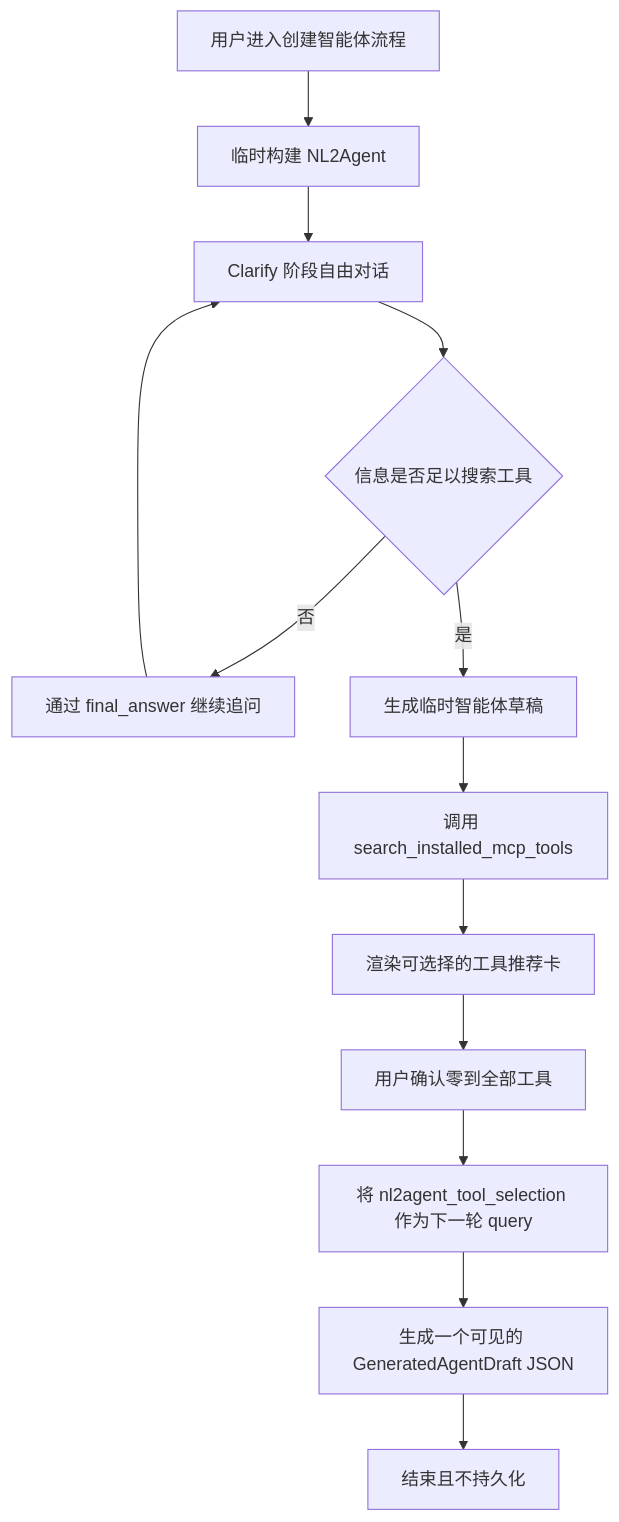
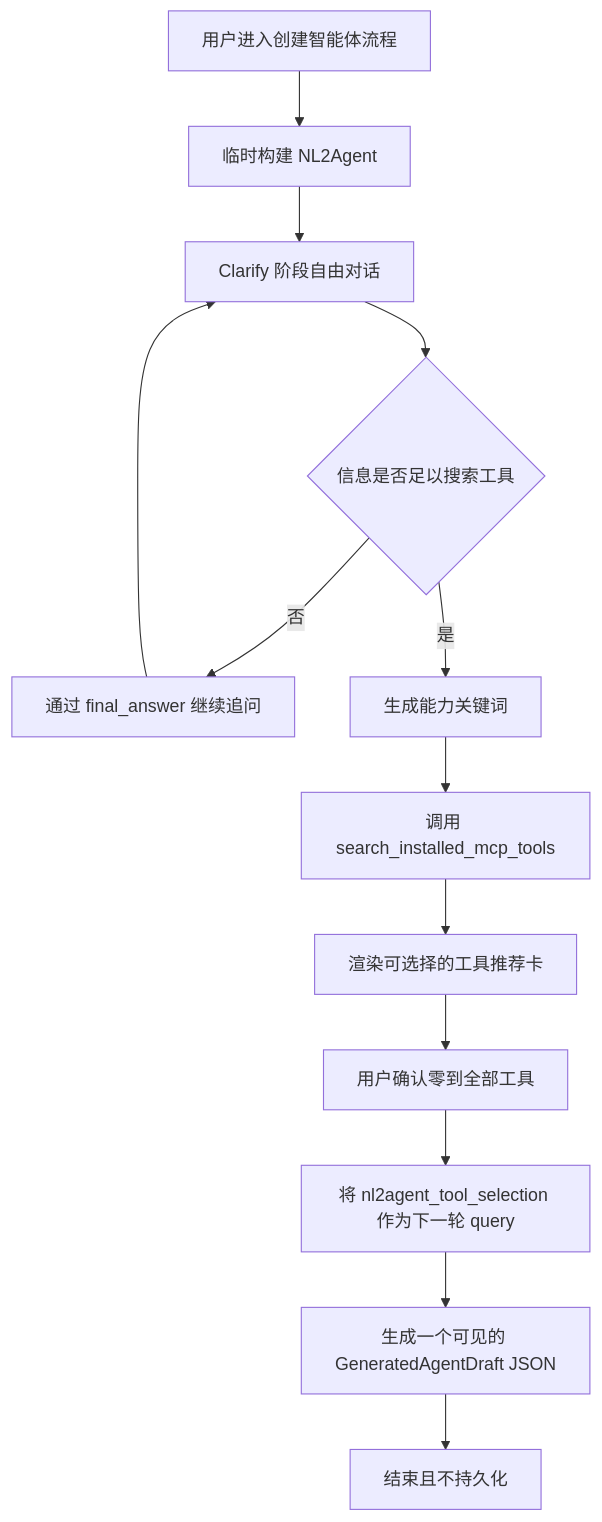
One commit to ModelEngine-Group/nexent changed the diagram in doc/nl2agent-design-zh.md. Above: the diagram before and after it, drawn with Mermaid. The commit also changed other lines of this file and 1 other file, not shown here.

````diff
--- a/doc/nl2agent-design-zh.md
+++ b/doc/nl2agent-design-zh.md
@@ -101,15 +101,15 @@
 ```mermaid
 flowchart TD
     A[用户进入创建智能体流程] --> B[临时构建 NL2Agent]
     B --> C[Clarify 阶段自由对话]
     C --> D{信息是否足以搜索工具}
     D -- 否 --> E[通过 final_answer 继续追问]
     E --> C
-    D -- 是 --> F[生成临时智能体草稿]
+    D -- 是 --> F[生成能力关键词]
     F --> G[调用 search_installed_mcp_tools]
     G --> H[渲染可选择的工具推荐卡]
     H --> I[用户确认零到全部工具]
     I --> J[将 nl2agent_tool_selection 作为下一轮 query]
     J --> K[生成一个可见的 GeneratedAgentDraft JSON]
     K --> L[结束且不持久化]
 ```
````
